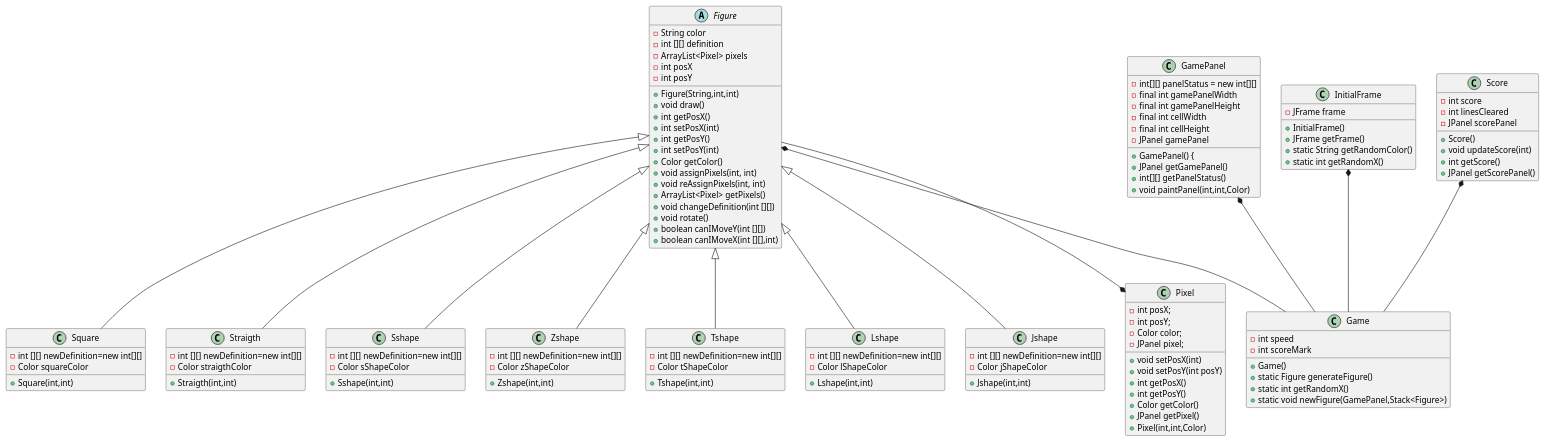
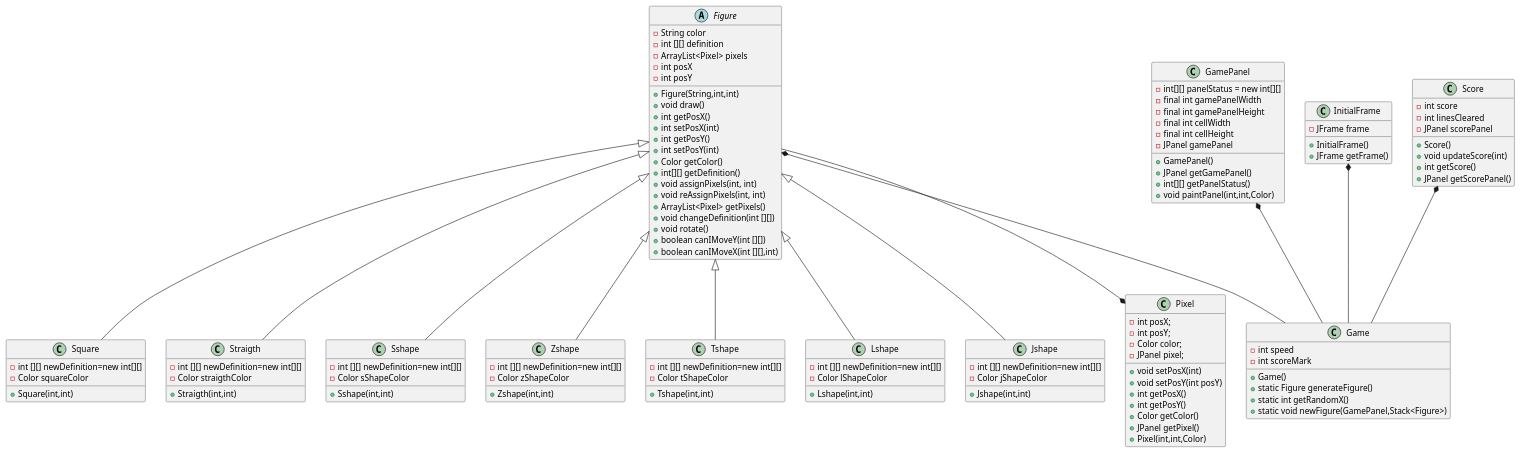
One commit to pablarce/Tetris changed the diagram in Tetris/src/docs/PlantUml.puml. Above: the diagram before and after it, drawn with PlantUML. The commit also changed 22 other files, not shown here.

Commit message:
Test and little changes in PlantUml.puml

```diff
--- a/Tetris/src/docs/PlantUml.puml
+++ b/Tetris/src/docs/PlantUml.puml
@@ -1,137 +1,137 @@
 @startuml
 'https://plantuml.com/class-diagram
 
 abstract class Figure{
 - String color
     - int [][] definition
     - ArrayList<Pixel> pixels
     - int posX
     - int posY
 + Figure(String,int,int)
 + void draw()
 + int getPosX()
 + int setPosX(int)
 + int getPosY()
 + int setPosY(int)
 + Color getColor()
++ int[][] getDefinition()
 + void assignPixels(int, int)
  + void reAssignPixels(int, int)
  + ArrayList<Pixel> getPixels()
  + void changeDefinition(int [][])
 + void rotate()
 + boolean canIMoveY(int [][])
 + boolean canIMoveX(int [][],int)
 
 
 
 }
 class Square{
 -int [][] newDefinition=new int[][]
 - Color squareColor
 + Square(int,int)
 
 }
 class Straigth{
 -int [][] newDefinition=new int[][]
 - Color straigthColor
 + Straigth(int,int)
 }
 class Sshape{
 -int [][] newDefinition=new int[][]
 - Color sShapeColor
 + Sshape(int,int)
 }
 class Zshape{
 -int [][] newDefinition=new int[][]
 - Color zShapeColor
 + Zshape(int,int)
 
 }
 class Tshape{
 -int [][] newDefinition=new int[][]
 - Color tShapeColor
 + Tshape(int,int)
 
 }
 class Lshape{
 -int [][] newDefinition=new int[][]
 - Color lShapeColor
 + Lshape(int,int)
 
 
 }
 class Jshape{
 -int [][] newDefinition=new int[][]
 - Color jShapeColor
 + Jshape(int,int)
 }
 class GamePanel{
 - int[][] panelStatus = new int[][]
     - final int gamePanelWidth
     - final int gamePanelHeight
     - final int cellWidth
     - final int cellHeight
      - JPanel gamePanel
- + GamePanel() {
+ + GamePanel()
 + JPanel getGamePanel()
 + int[][] getPanelStatus()
 + void paintPanel(int,int,Color)
 
 
 }
 class Pixel{
 - int posX;
     - int posY;
     - Color color;
     - JPanel pixel;
     + void setPosX(int)
     + void setPosY(int posY)
     + int getPosX()
     + int getPosY()
     + Color getColor()
     + JPanel getPixel()
     + Pixel(int,int,Color)
 
 
 }
 class InitialFrame{
  - JFrame frame
  + InitialFrame()
   + JFrame getFrame()
-+ static String getRandomColor()
- + static int getRandomX()
+
 }
 class Game{
     - int speed
     - int scoreMark
     + Game()
 + static Figure generateFigure()
 + static int getRandomX()
 + static void newFigure(GamePanel,Stack<Figure>)
 }
 class Score{
     - int score
     - int linesCleared
     - JPanel scorePanel
     + Score()
     + void updateScore(int)
     + int getScore()
     + JPanel getScorePanel()
 }
 Figure <|-- Straigth
 Figure <|-- Square
 Figure <|-- Sshape
 Figure <|-- Zshape
 Figure <|-- Tshape
 Figure <|-- Lshape
 Figure <|-- Jshape
 
 Figure --* Pixel
 
 GamePanel *-- Game
 InitialFrame *-- Game
 Figure *-- Game
 Score *-- Game
 
 
 @enduml
```
